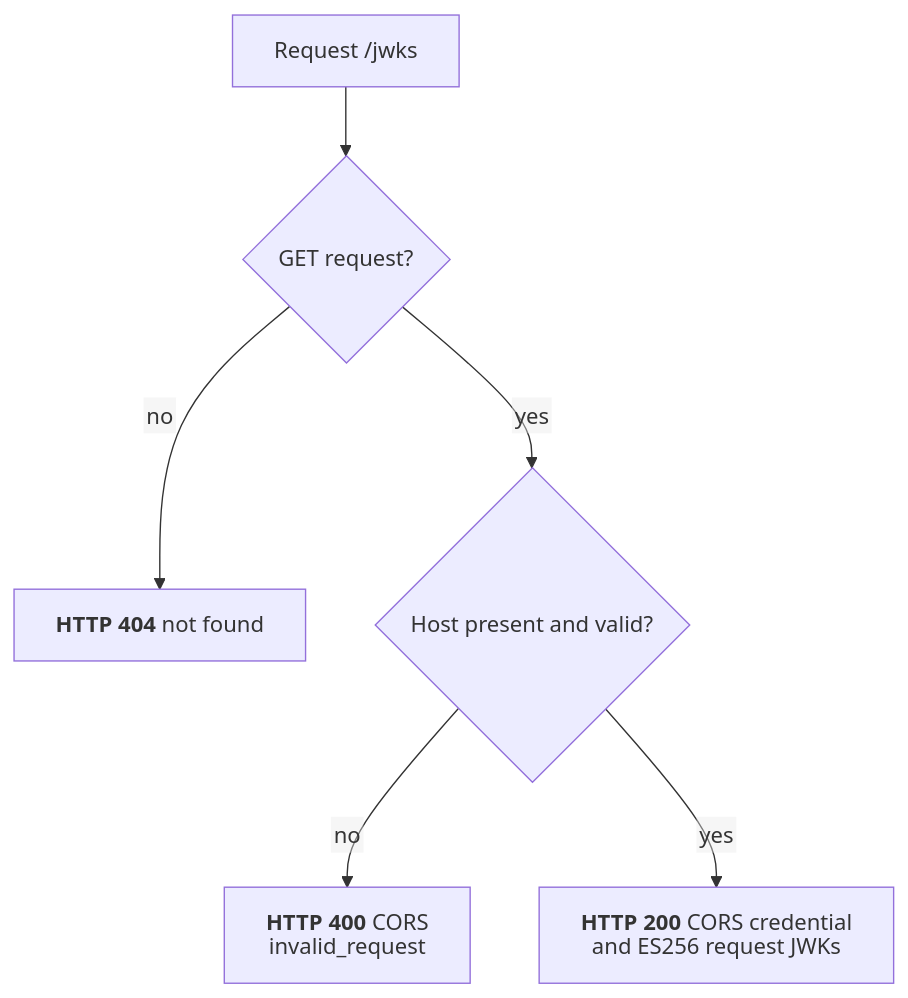
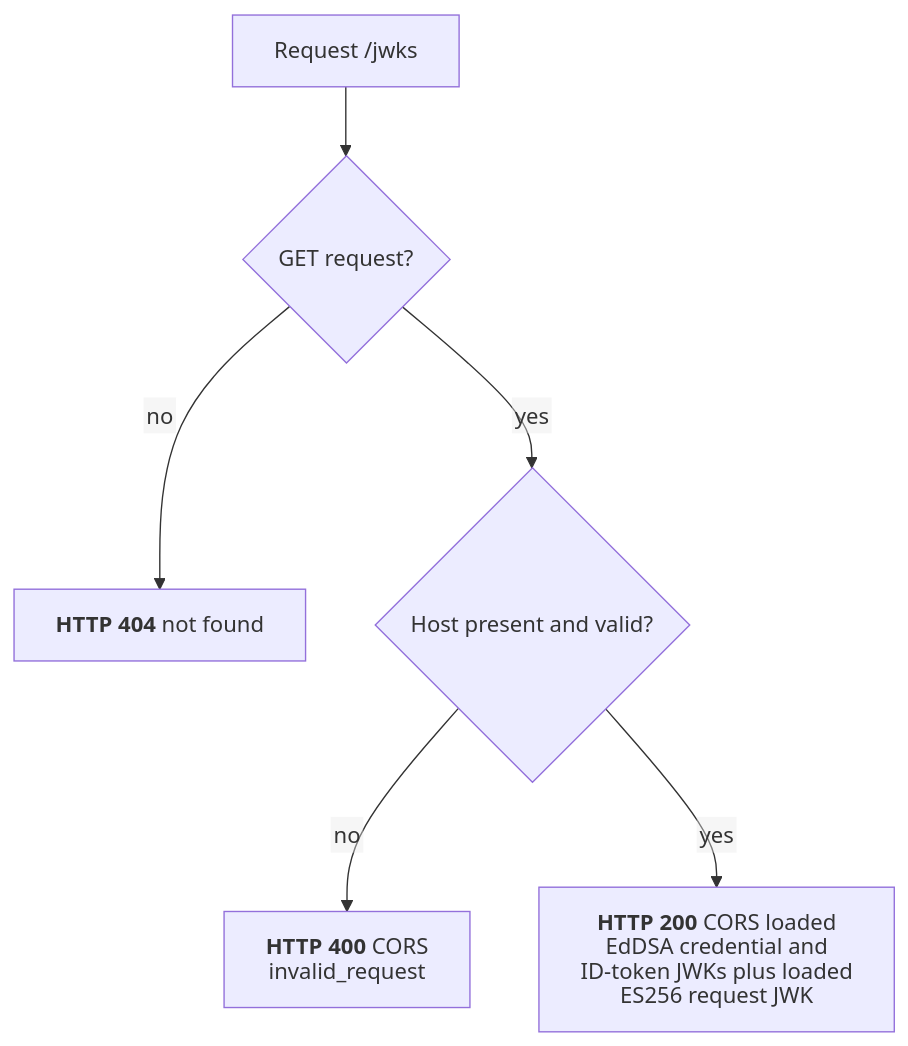
Before and after one commit to malach-it/kagome: the diagram in docs/flows/openid4vci/jwks_endpoint.mmd, drawn with Mermaid. The commit also changed 56 other files, not shown here.

```diff
--- a/docs/flows/openid4vci/jwks_endpoint.mmd
+++ b/docs/flows/openid4vci/jwks_endpoint.mmd
@@ -1,7 +1,7 @@
 %%{init: {"htmlLabels": false, "flowchart": {"htmlLabels": false}}}%%
 flowchart TD
     start[Request /jwks] --> method{GET request?}
     method -- no --> not_found["`**HTTP 404** not found`"]
     method -- yes --> host{Host present and valid?}
     host -- no --> error["`**HTTP 400** CORS invalid_request`"]
-    host -- yes --> success["`**HTTP 200** CORS credential and ES256 request JWKs`"]
+    host -- yes --> success["`**HTTP 200** CORS loaded EdDSA credential and ID-token JWKs plus loaded ES256 request JWK`"]
```
